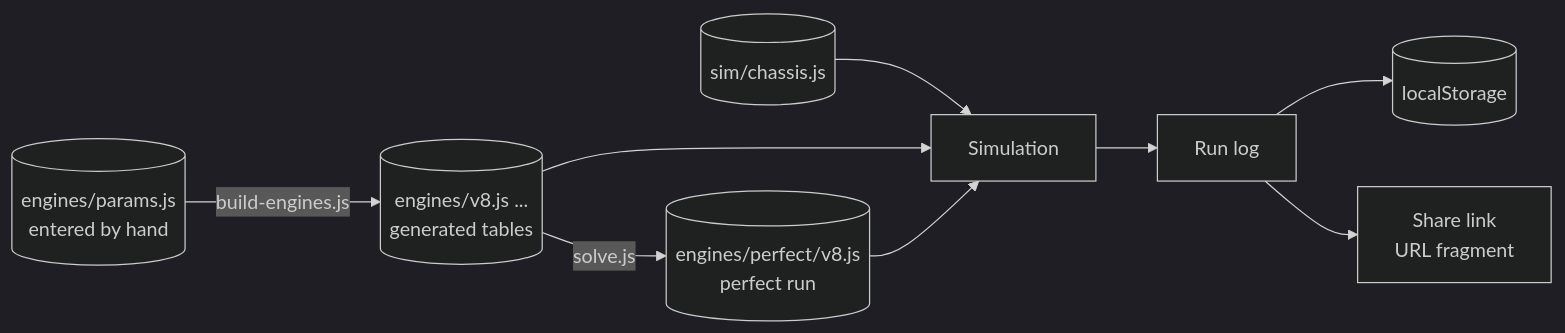
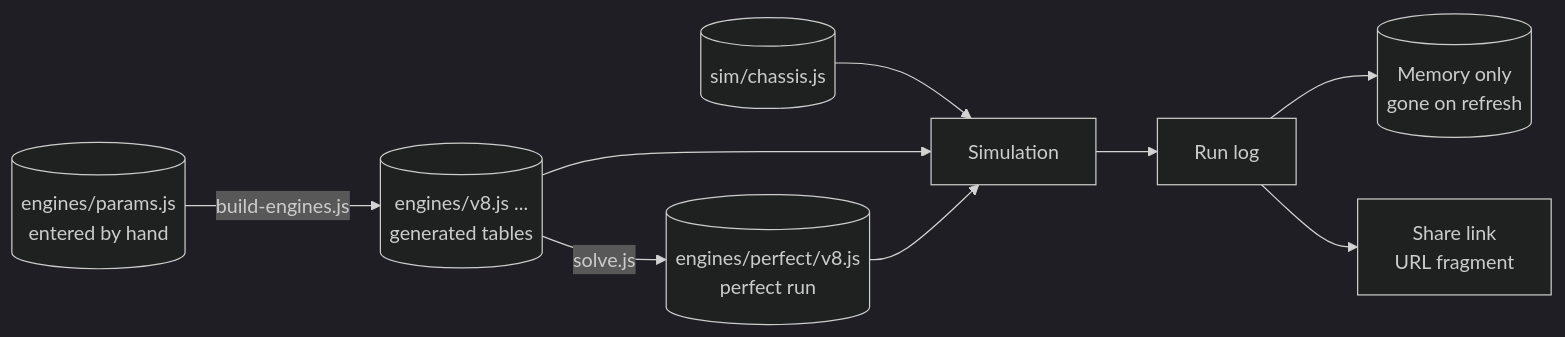
Before and after one commit to MoAbboud/PortFolio: the diagram in pedalsim/requirements/04-data-model.md, drawn with Mermaid (dark theme). The commit also changed other lines of this file and 6 other files, not shown here.

````diff
--- a/pedalsim/requirements/04-data-model.md
+++ b/pedalsim/requirements/04-data-model.md
@@ -7,11 +7,11 @@
 ```mermaid
 flowchart LR
     PAR[(engines/params.js<br/>entered by hand)] -->|build-engines.js| TAB[(engines/v8.js ...<br/>generated tables)]
     TAB -->|solve.js| PERF[(engines/perfect/v8.js<br/>perfect run)]
     CH[(sim/chassis.js)] --> SIM[Simulation]
     TAB --> SIM
     PERF --> SIM
     SIM --> LOG[Run log]
-    LOG --> LS[(localStorage)]
+    LOG --> MEM[(Memory only<br/>gone on refresh)]
     LOG --> URL[Share link<br/>URL fragment]
 ```
````
